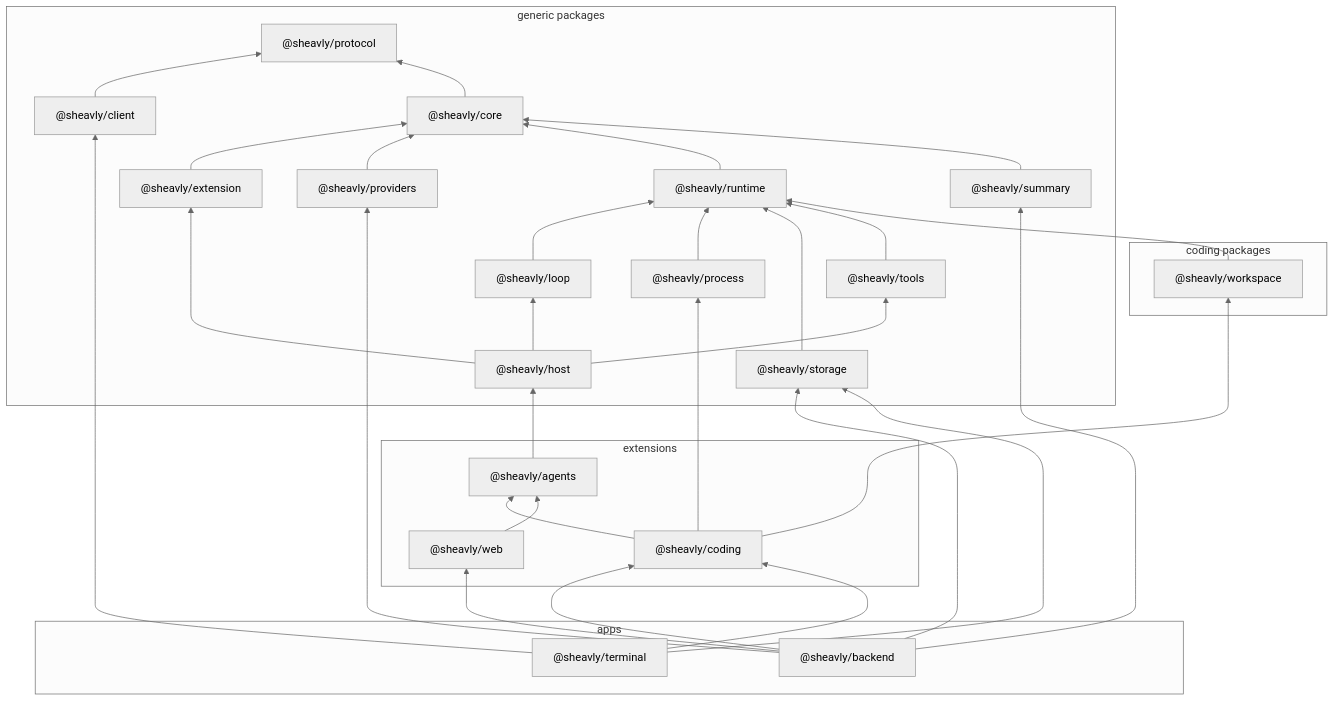
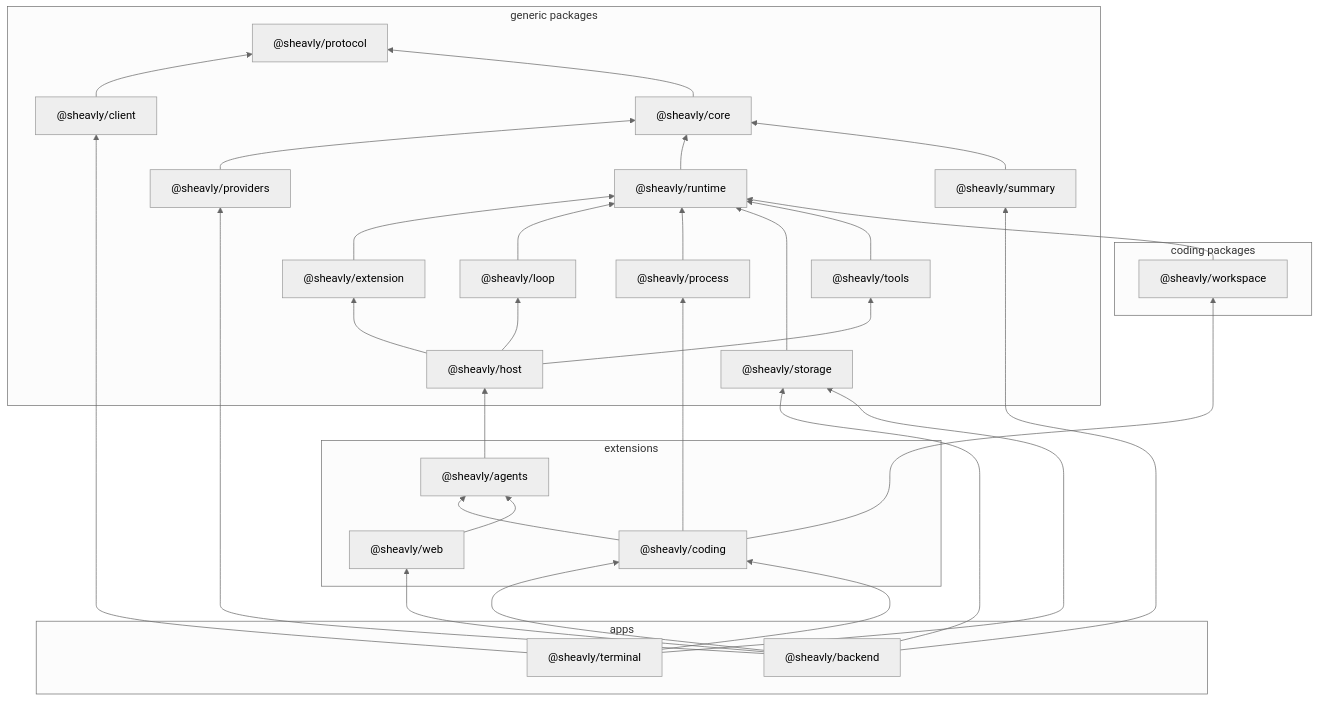
One commit to Sheavly/code changed the diagram in docs/overview.md. Above: the diagram before and after it, drawn with Mermaid (neutral theme). The commit also changed 12 other files, not shown here.

````diff
--- a/docs/overview.md
+++ b/docs/overview.md
@@ -35,56 +35,56 @@
 ```mermaid
 flowchart BT
   subgraph group_generic ["generic packages"]
     client["@sheavly/client"]
     core["@sheavly/core"]
     extension["@sheavly/extension"]
     host["@sheavly/host"]
     loop["@sheavly/loop"]
     process["@sheavly/process"]
     protocol["@sheavly/protocol"]
     providers["@sheavly/providers"]
     runtime["@sheavly/runtime"]
     storage["@sheavly/storage"]
     summary["@sheavly/summary"]
     tools["@sheavly/tools"]
   end
   subgraph group_coding ["coding packages"]
     workspace["@sheavly/workspace"]
   end
   subgraph group_extensions ["extensions"]
     agents["@sheavly/agents"]
     coding["@sheavly/coding"]
     web["@sheavly/web"]
   end
   subgraph group_apps ["apps"]
     backend["@sheavly/backend"]
     terminal["@sheavly/terminal"]
   end
   agents --> host
   backend --> coding
   backend --> providers
   backend --> storage
   backend --> summary
   backend --> web
   client --> protocol
   coding --> agents
   coding --> process
   coding --> workspace
   core --> protocol
-  extension --> core
+  extension --> runtime
   host --> extension
   host --> loop
   host --> tools
   loop --> runtime
   process --> runtime
   providers --> core
   runtime --> core
   storage --> runtime
   summary --> core
   terminal --> client
   terminal --> coding
   terminal --> storage
   tools --> runtime
   web --> agents
   workspace --> runtime
 ```
````
